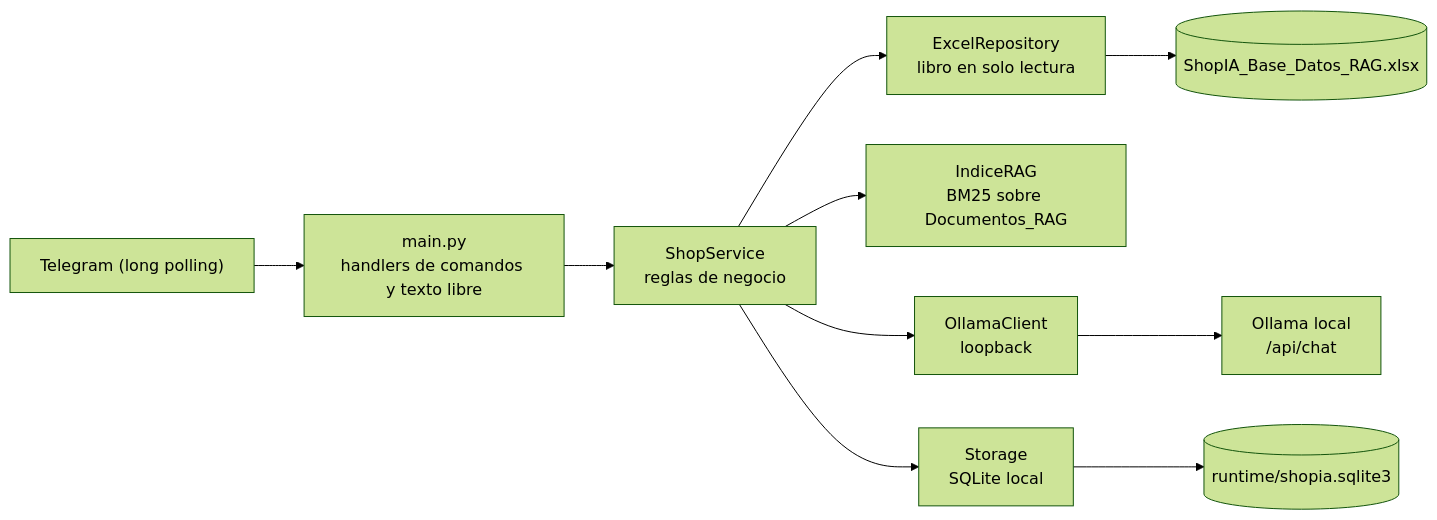
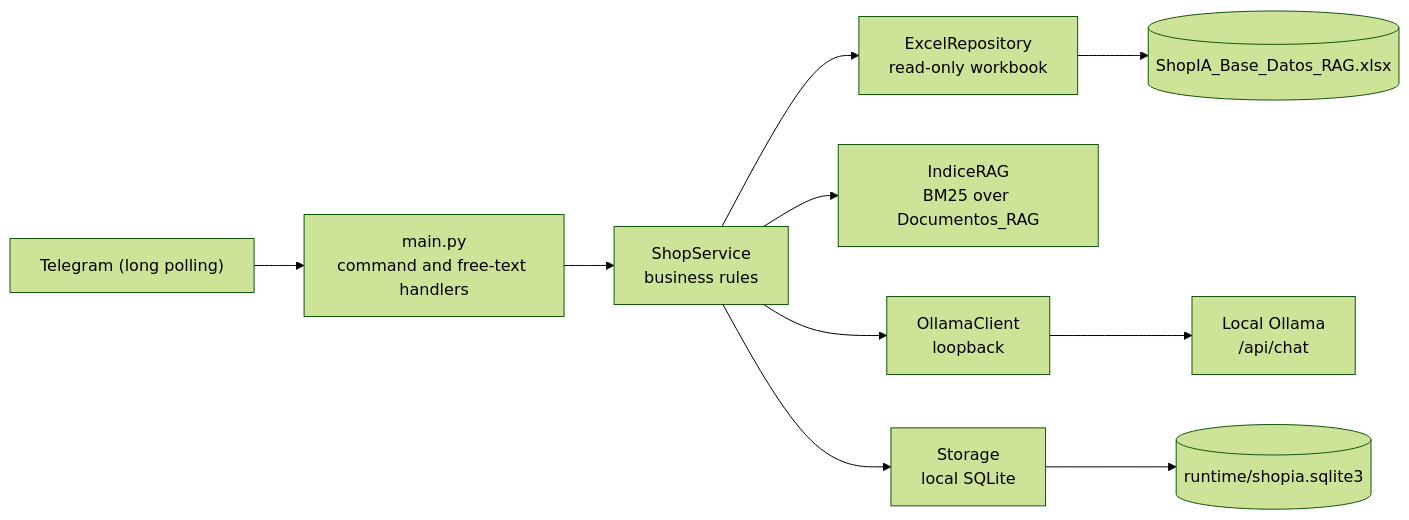
One commit to FerS00/bot-telegram-ia-local changed the diagram in README.md. Above: the diagram before and after it, drawn with Mermaid (forest theme). The commit also changed other lines of this file, not shown here.

Commit message:
docs: translate ShopIA README to English

````diff
--- a/README.md
+++ b/README.md
@@ -196,12 +196,12 @@
 ```mermaid
 flowchart LR
-    TG["Telegram (long polling)"] --> MAIN["main.py<br/>handlers de comandos y texto libre"]
-    MAIN --> SS["ShopService<br/>reglas de negocio"]
-    SS --> ER["ExcelRepository<br/>libro en solo lectura"]
-    SS --> RAG["IndiceRAG<br/>BM25 sobre Documentos_RAG"]
+    TG["Telegram (long polling)"] --> MAIN["main.py<br/>command and free-text handlers"]
+    MAIN --> SS["ShopService<br/>business rules"]
+    SS --> ER["ExcelRepository<br/>read-only workbook"]
+    SS --> RAG["IndiceRAG<br/>BM25 over Documentos_RAG"]
     SS --> OC["OllamaClient<br/>loopback"]
-    OC --> OL["Ollama local<br/>/api/chat"]
-    SS --> ST["Storage<br/>SQLite local"]
+    OC --> OL["Local Ollama<br/>/api/chat"]
+    SS --> ST["Storage<br/>local SQLite"]
     ER --> XL[("ShopIA_Base_Datos_RAG.xlsx")]
     ST --> DB[("runtime/shopia.sqlite3")]
 ```
````
